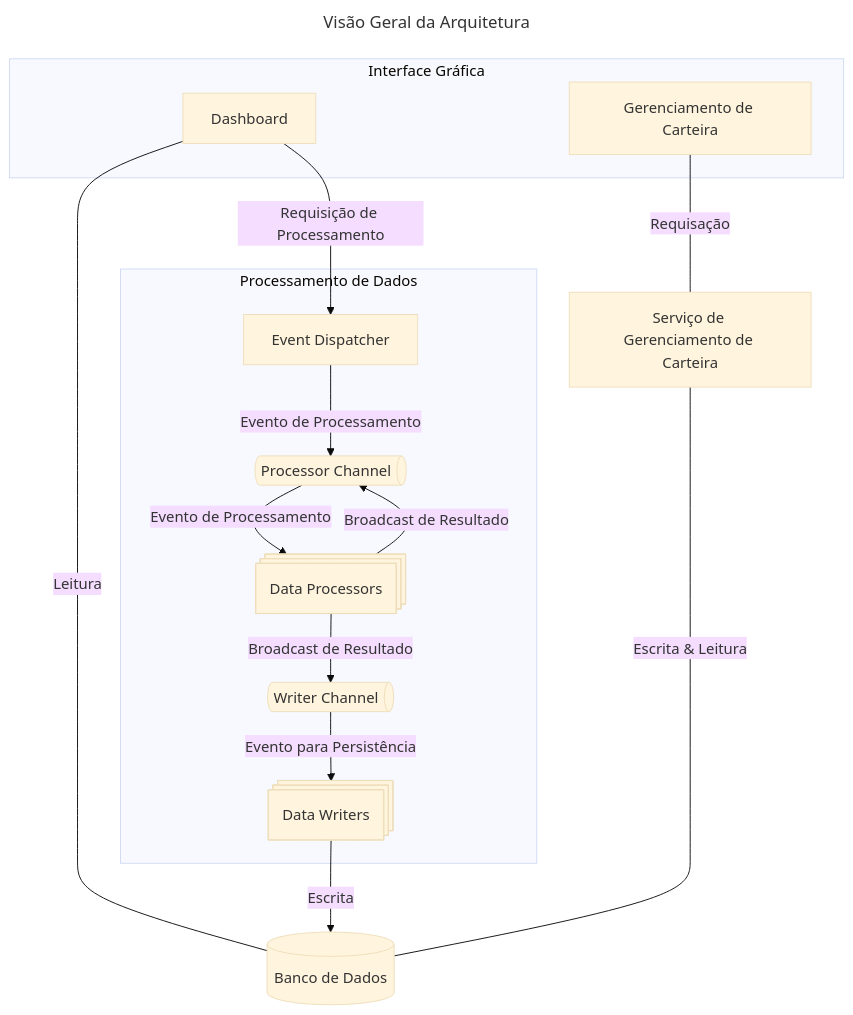
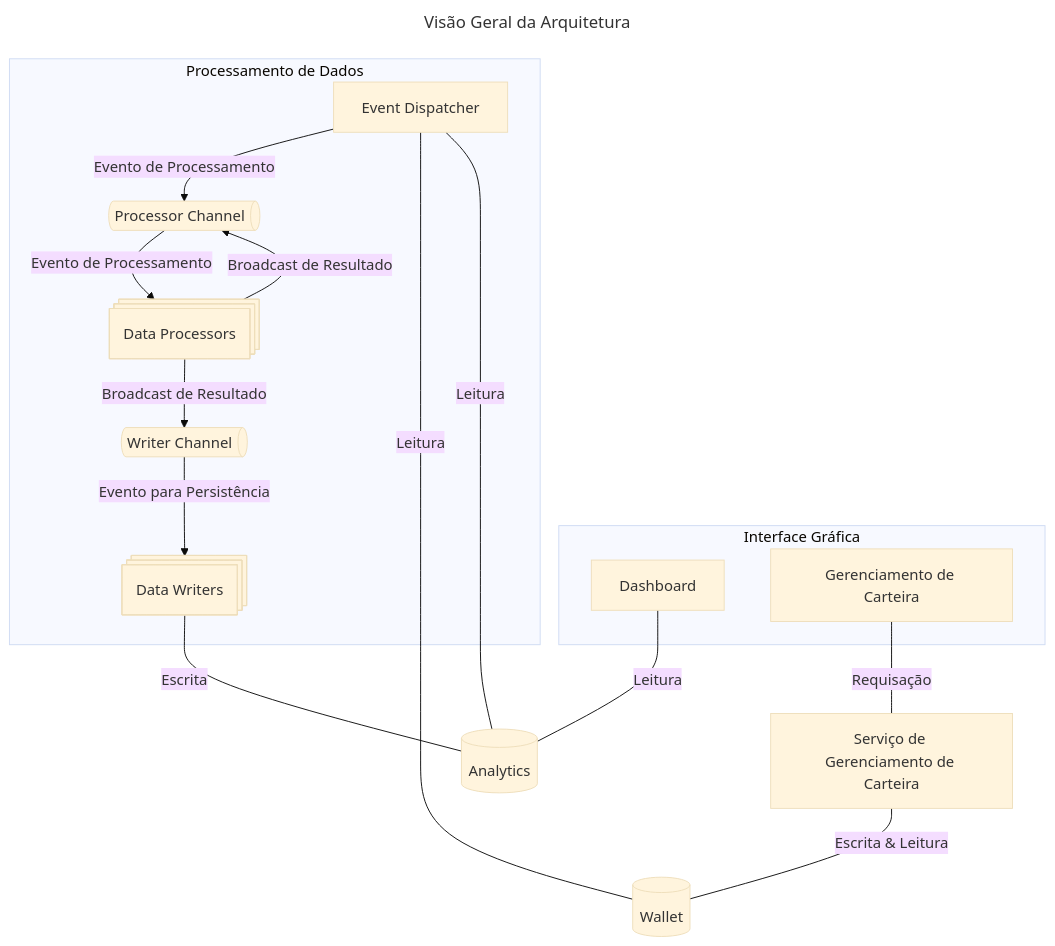
The diagram in docs/architecture.md (moesio-f/invest-earnings-dashboard), drawn with Mermaid (base theme) before and after one commit. The commit also changed other lines of this file, not shown here.

Commit message:
docs: update architecture

````diff
--- a/docs/architecture.md
+++ b/docs/architecture.md
@@ -87,26 +88,28 @@
 ```mermaid
 ---
 title: Visão Geral da Arquitetura
 ---
 flowchart TD
-db[(Banco de Dados)]
+wallet[(Wallet)]
+analytics[(Analytics)]
 
 subgraph Interface Gráfica
     dashboard[Dashboard]
     config[Gerenciamento de Carteira]
 end
 subgraph Processamento de Dados
     writer_channel@{shape: das, label: "Writer Channel"}
     processor_channel@{shape: das, label: "Processor Channel"}
     dispatcher[Event Dispatcher] -->|Evento de Processamento| processor_channel
     processor_channel -->|Evento de Processamento| processor@{shape: procs, label: "Data Processors"}
     processor -->|Broadcast de Resultado| processor_channel
     processor -->|Broadcast de Resultado| writer_channel
     writer_channel -->|Evento para Persistência| writer@{shape: procs, label: "Data Writers"}
 end
 config ---|Requisação| api[Serviço de Gerenciamento de Carteira]
-dashboard -->|Requisição de Processamento| dispatcher
-dashboard ---|Leitura| db
-writer -->|Escrita| db
-api ---|Escrita & Leitura| db
+dashboard ---|Leitura| analytics
+dispatcher ---|Leitura| wallet
+dispatcher ---|Leitura| analytics
+writer ---|Escrita| analytics
+api ---|Escrita & Leitura| wallet
 ```
````
